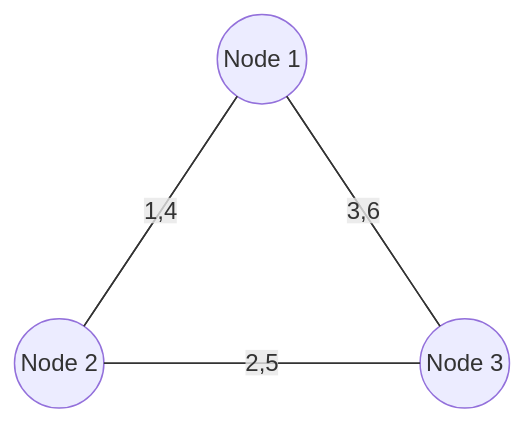
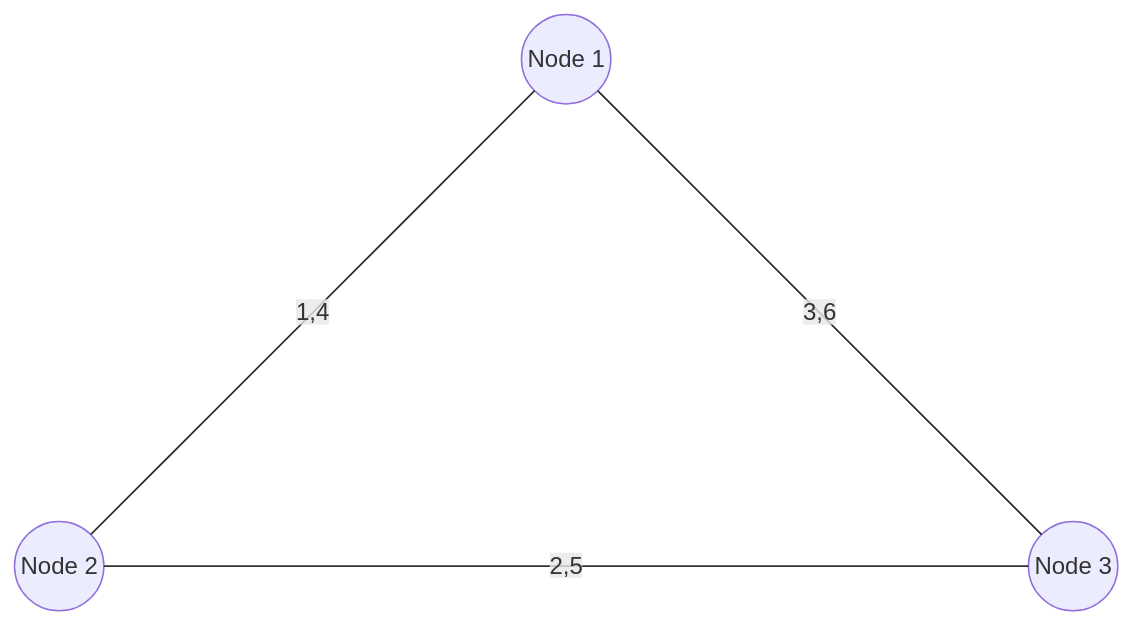
Before and after one commit to MarthinL/fedist: the sixth of 8 diagrams in README.md, drawn with Mermaid. The commit also changed other lines of this file, not shown here.

````diff
--- a/README.md
+++ b/README.md
@@ -197,18 +198,17 @@
 ```mermaid
 block-beta
-    columns 5
-    space:2
+    columns 11
+    space:5
     A(("Node 1")):1
-    space:2
     space:5
-    space:5
+    space:44
     B(("Node 2")):1
-    space:3
+    space:9
     C(("Node 3")):1
     A --- B
     B --- C
     A --- C
     B --"1,4"--- A
     C --"2,5"--- B
     C --"3,6"--- A
 ```
````
